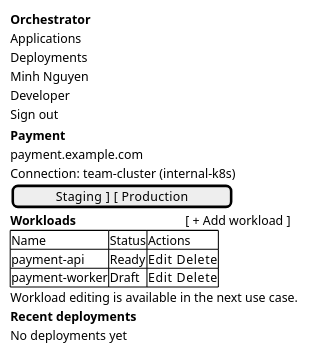
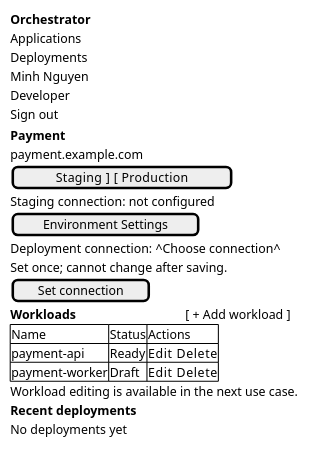
The diagram in orchestrator_docs/usecase/UC-01/ui/wireframe.puml (pr3s3nt/poc), drawn with PlantUML before and after one commit. The commit also changed 137 other files, not shown here.

Commit message:
feat: bind execution connections once per environment

```diff
--- a/orchestrator_docs/usecase/UC-01/ui/wireframe.puml
+++ b/orchestrator_docs/usecase/UC-01/ui/wireframe.puml
@@ -1,34 +1,38 @@
 @startuml
 salt
 {
   {
     <b>Orchestrator</b>
     Applications
     Deployments
 
 
 
     Minh Nguyen
     Developer
     Sign out
   }
   {
     <b>Payment</b>
     payment.example.com
-    Connection: team-cluster (internal-k8s)
 
     [ Staging ]   [ Production ]
+    Staging connection: not configured
+    [ Environment Settings ]
+    Deployment connection: ^Choose connection^
+    Set once; cannot change after saving.
+    [ Set connection ]
 
     <b>Workloads</b>                                  [ + Add workload ]
     {#
       Name | Status | Actions
       payment-api | Ready | Edit   Delete
       payment-worker | Draft | Edit   Delete
     }
     Workload editing is available in the next use case.
 
     <b>Recent deployments</b>
     No deployments yet
   }
 }
 @enduml
```
